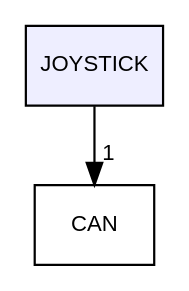
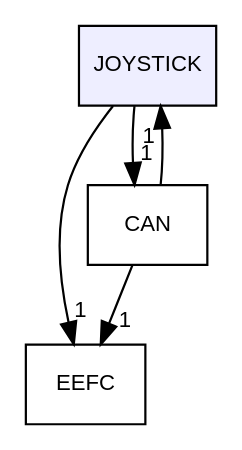
The diagram in docs/atsam3x8e/dir_4f27e7031cf9911b67acf8207f7744bb_dep.dot (Sivaranjith1/Ping_Pong_embedded_project), drawn with Graphviz before and after one commit. The commit also changed 142 other files, not shown here.

```diff
--- a/docs/atsam3x8e/dir_4f27e7031cf9911b67acf8207f7744bb_dep.dot
+++ b/docs/atsam3x8e/dir_4f27e7031cf9911b67acf8207f7744bb_dep.dot
@@ -1,8 +1,12 @@
 digraph "JOYSTICK" {
   compound=true
   node [ fontsize="10", fontname="Helvetica"];
   edge [ labelfontsize="10", labelfontname="Helvetica"];
   dir_4f27e7031cf9911b67acf8207f7744bb [shape=box, label="JOYSTICK", style="filled", fillcolor="#eeeeff", pencolor="black", URL="dir_4f27e7031cf9911b67acf8207f7744bb.html"];
+  dir_7951fa9e96d04dd67aa350de3a644ce0 [shape=box label="EEFC" URL="dir_7951fa9e96d04dd67aa350de3a644ce0.html"];
   dir_85f99c390bf4c27b62435416daf93629 [shape=box label="CAN" URL="dir_85f99c390bf4c27b62435416daf93629.html"];
+  dir_4f27e7031cf9911b67acf8207f7744bb->dir_7951fa9e96d04dd67aa350de3a644ce0 [headlabel="1", labeldistance=1.5 headhref="dir_000006_000004.html"];
   dir_4f27e7031cf9911b67acf8207f7744bb->dir_85f99c390bf4c27b62435416daf93629 [headlabel="1", labeldistance=1.5 headhref="dir_000006_000001.html"];
+  dir_85f99c390bf4c27b62435416daf93629->dir_4f27e7031cf9911b67acf8207f7744bb [headlabel="1", labeldistance=1.5 headhref="dir_000001_000006.html"];
+  dir_85f99c390bf4c27b62435416daf93629->dir_7951fa9e96d04dd67aa350de3a644ce0 [headlabel="1", labeldistance=1.5 headhref="dir_000001_000004.html"];
 }
```
